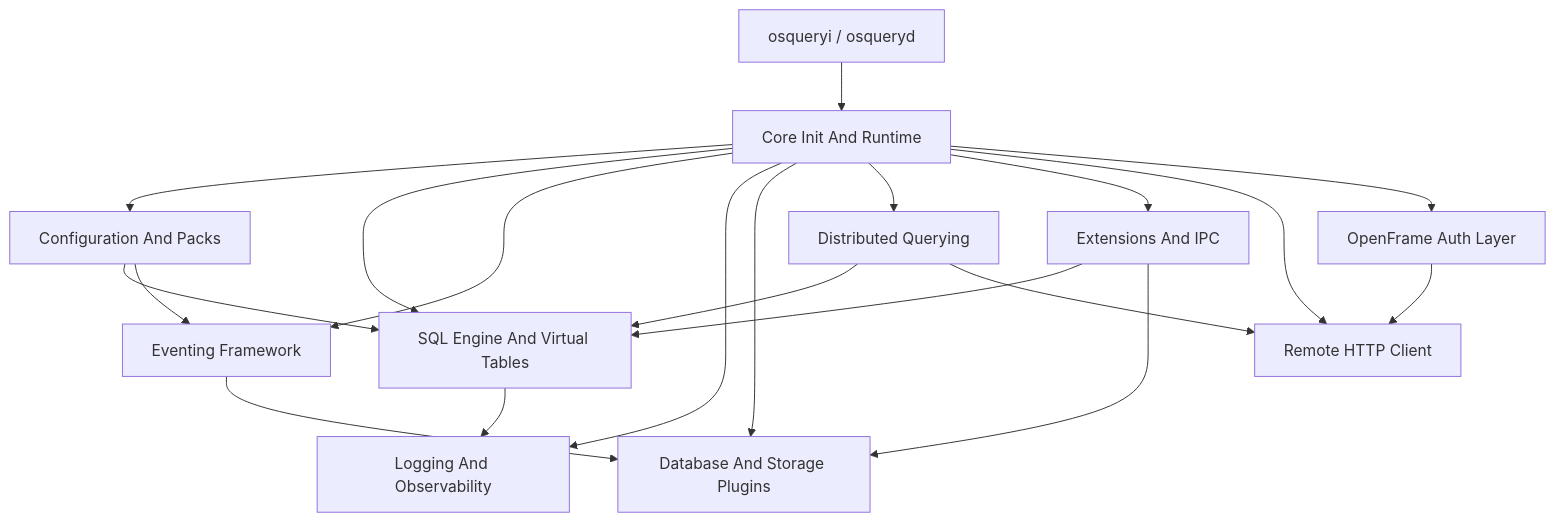
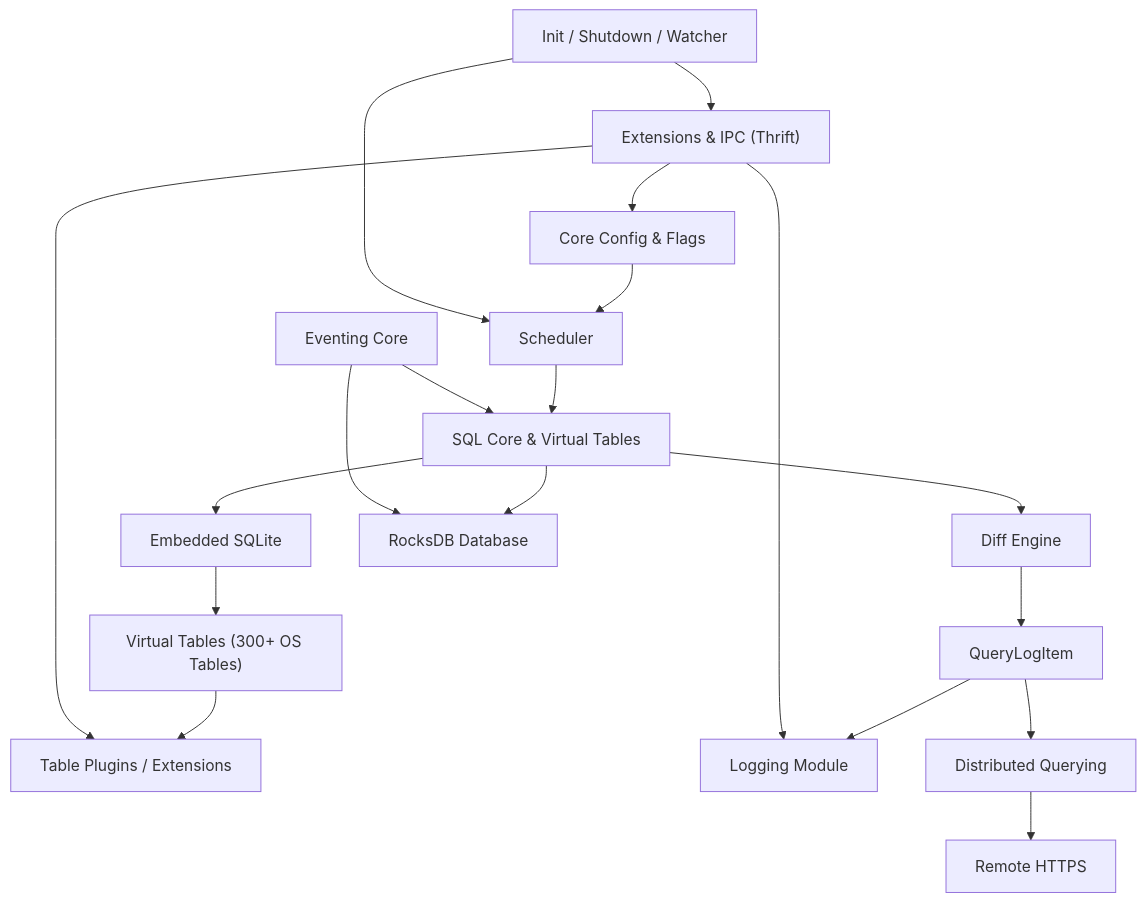
The diagram in README.md (flamingo-stack/osquery), drawn with Mermaid before and after one commit. The commit also changed other lines of this file and 388 other files, not shown here.

````diff
--- a/README.md
+++ b/README.md
@@ -45,22 +49,29 @@
 ```mermaid
-graph TD
-    CLI["osqueryi / osqueryd"] --> Core["Core Init And Runtime"]
-    Core --> Config["Configuration And Packs"]
-    Core --> SQL["SQL Engine And Virtual Tables"]
-    Core --> Events["Eventing Framework"]
-    Core --> Logging["Logging And Observability"]
-    Core --> DB["Database And Storage Plugins"]
-    Core --> Dist["Distributed Querying"]
-    Core --> Ext["Extensions And IPC"]
-    Core --> HTTP["Remote HTTP Client"]
-    Core --> OF["OpenFrame Auth Layer"]
-    Config --> SQL
-    Config --> Events
-    SQL --> Logging
-    Events --> DB
-    Dist --> SQL
-    Dist --> HTTP
-    Ext --> SQL
-    Ext --> DB
-    OF --> HTTP
+flowchart TD
+    Config["Core Config & Flags"] --> Scheduler["Scheduler"]
+    Scheduler --> SQLCore["SQL Core & Virtual Tables"]
+
+    SQLCore --> SQLite["Embedded SQLite"]
+    SQLite --> VTables["Virtual Tables (300+ OS Tables)"]
+    VTables --> TablePlugins["Table Plugins / Extensions"]
+
+    SQLCore --> DiffEngine["Diff Engine"]
+    DiffEngine --> LogItem["QueryLogItem"]
+
+    LogItem --> Logging["Logging Module"]
+    LogItem --> Distributed["Distributed Querying"]
+
+    Distributed --> RemoteHTTP["Remote HTTPS"]
+
+    SQLCore --> Database["RocksDB Database"]
+
+    Eventing["Eventing Core"] --> Database
+    Eventing --> SQLCore
+
+    Extensions["Extensions & IPC (Thrift)"] --> TablePlugins
+    Extensions --> Config
+    Extensions --> Logging
+
+    Watcher["Init / Shutdown / Watcher"] --> Scheduler
+    Watcher --> Extensions
 ```
````
